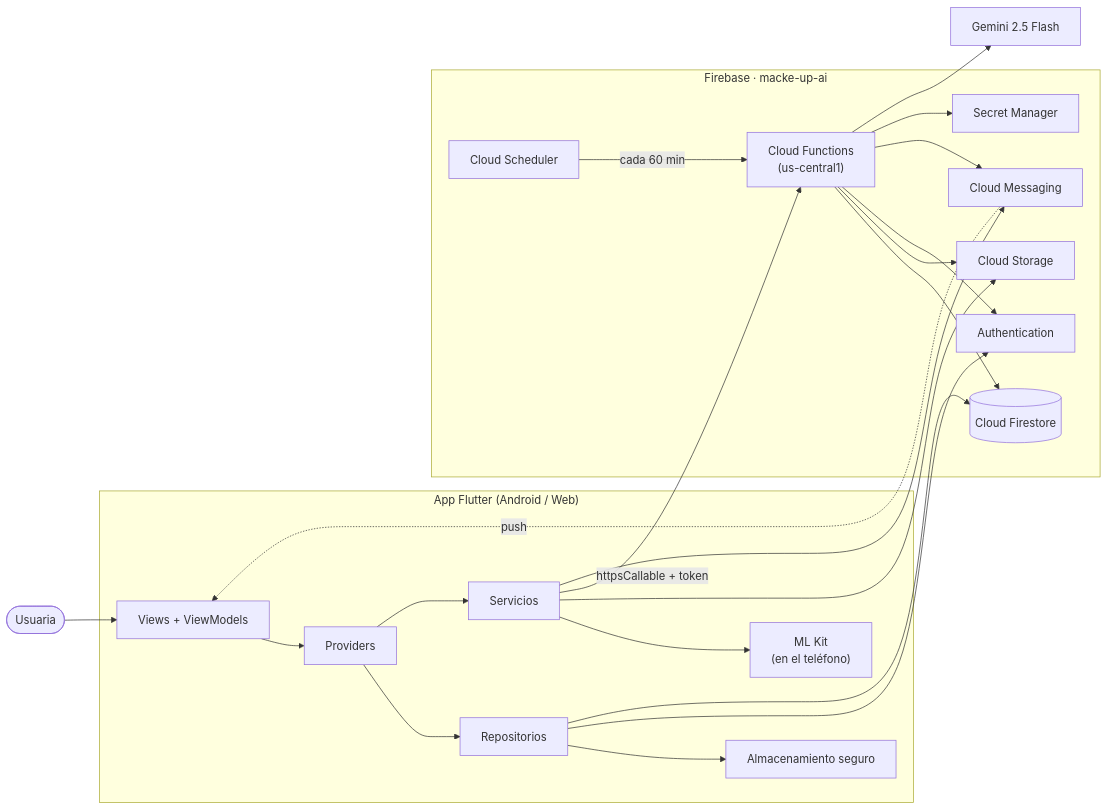
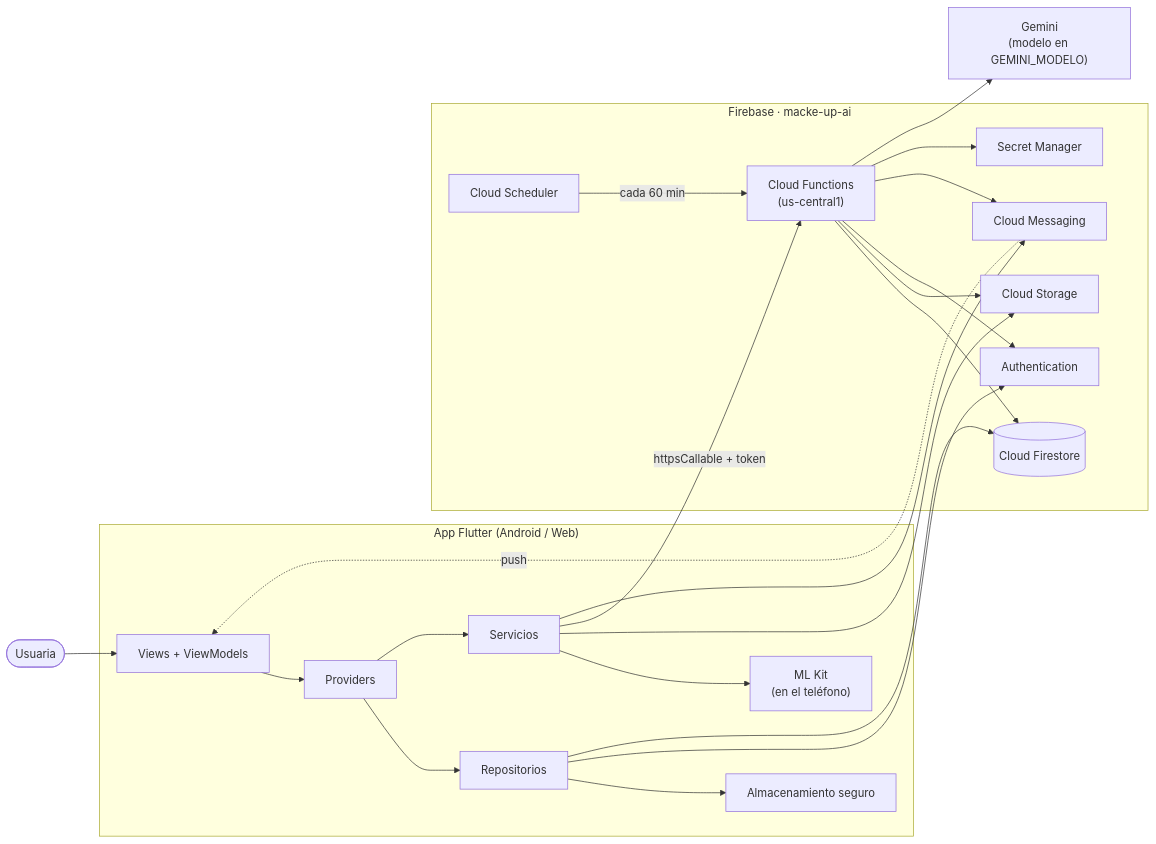
The first of 11 diagrams in README.md (Karquin06/ProjectMake-UpAi), drawn with Mermaid before and after one commit. The commit also changed other lines of this file, not shown here.

````diff
--- a/README.md
+++ b/README.md
@@ -128,36 +146,36 @@
 ```mermaid
 flowchart LR
     U(["Usuaria"]) --> UI
 
     subgraph APP["App Flutter (Android / Web)"]
         UI["Views + ViewModels"] --> PR["Providers"]
         PR --> RE["Repositorios"]
         PR --> SE["Servicios"]
         SE --> ML["ML Kit<br/>(en el teléfono)"]
         RE --> SS["Almacenamiento seguro"]
     end
 
     subgraph FB["Firebase · macke-up-ai"]
         AU["Authentication"]
         FS[("Cloud Firestore")]
         ST["Cloud Storage"]
         CF["Cloud Functions<br/>(us-central1)"]
         FCM["Cloud Messaging"]
         SM["Secret Manager"]
         SCH["Cloud Scheduler"]
     end
 
     RE --> AU
     RE --> FS
     SE --> ST
     SE -- "httpsCallable + token" --> CF
     SE --> FCM
     CF --> FS
     CF --> ST
     CF --> AU
     CF --> FCM
     CF --> SM
-    CF --> GE["Gemini 2.5 Flash"]
+    CF --> GE["Gemini<br/>(modelo en GEMINI_MODELO)"]
     SCH -- "cada 60 min" --> CF
     FCM -. "push" .-> UI
 ```
````
